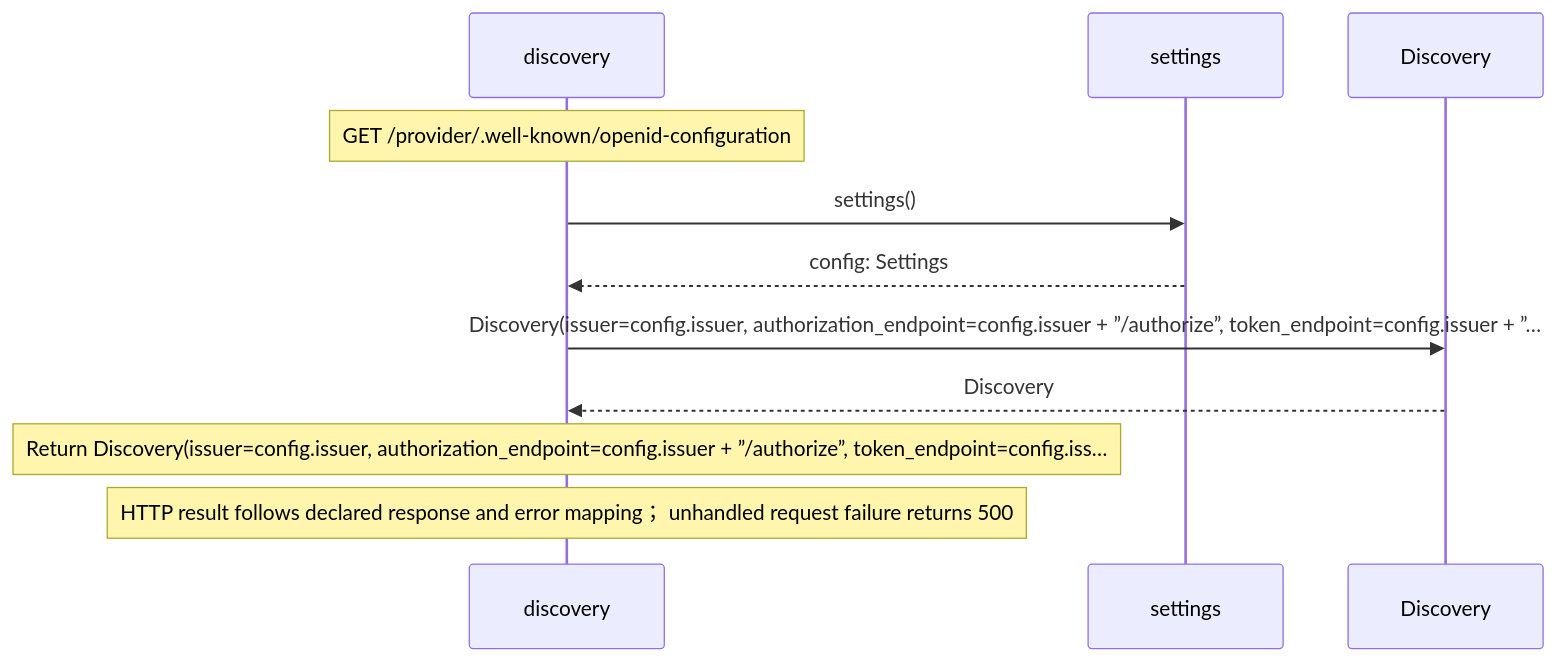
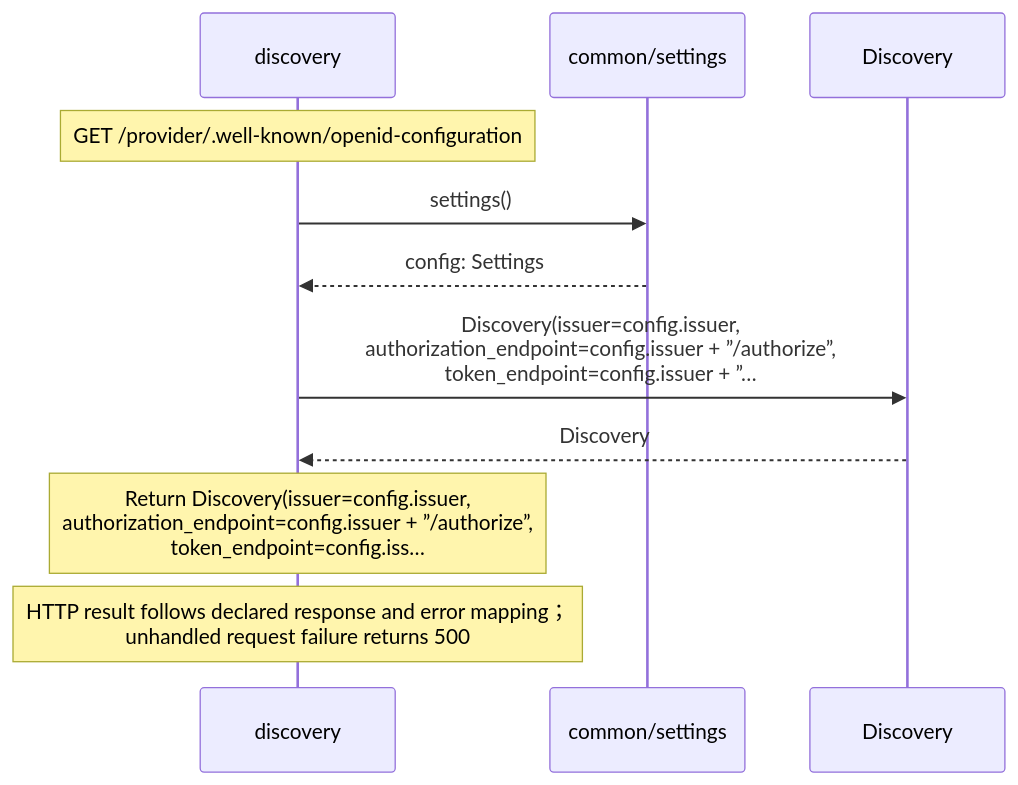
One commit to GreenPandaStudios/augscript changed the third of 4 diagrams in docs/examples/oidc-login/provider/discovery-diagrams.md. Above: the diagram before and after it, drawn with Mermaid. The commit also changed other lines of this file and 200 other files, not shown here.

Commit message:
Group imported operations and wrap readable sequence messages

````diff
--- a/docs/examples/oidc-login/provider/discovery-diagrams.md
+++ b/docs/examples/oidc-login/provider/discovery-diagrams.md
@@ -73,13 +73,13 @@
 ```mermaid
 sequenceDiagram
     participant p0 as discovery
-    participant p1 as settings
+    participant p1 as common/settings
     participant p2 as Discovery
     Note over p0: GET /provider/.well-known/openid-configuration
     p0->>p1: settings()
     p1-->>p0: config: Settings
-    p0->>p2: Discovery(issuer=config.issuer, authorization_endpoint=config.issuer + ”/authorize”, token_endpoint=config.issuer + ”…
+    p0->>p2: Discovery(issuer=config.issuer,<br/>authorization_endpoint=config.issuer + ”/authorize”,<br/>token_endpoint=config.issuer + ”…
     p2-->>p0: Discovery
-    Note over p0: Return Discovery(issuer=config.issuer, authorization_endpoint=config.issuer + ”/authorize”, token_endpoint=config.iss…
-    Note over p0: HTTP result follows declared response and error mapping； unhandled request failure returns 500
+    Note over p0: Return Discovery(issuer=config.issuer,<br/>authorization_endpoint=config.issuer + ”/authorize”,<br/>token_endpoint=config.iss…
+    Note over p0: HTTP result follows declared response and error mapping；<br/>unhandled request failure returns 500
 ```
````
